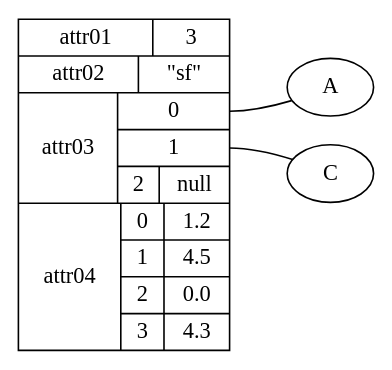
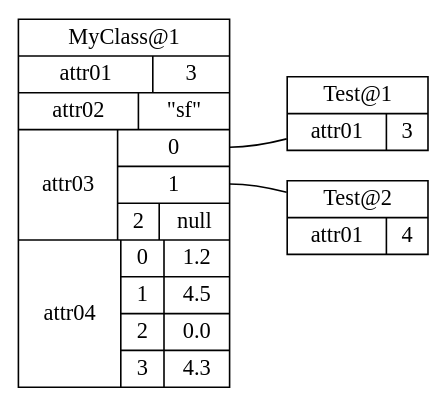
Before and after one commit to mathieu-bergeron/aiguilleur: the diagram in object_graph_example.dot, drawn with Graphviz. The commit also changed 1 other file, not shown here.

```diff
--- a/object_graph_example.dot
+++ b/object_graph_example.dot
@@ -1,11 +1,12 @@
 graph "simpleGraph01" {
     graph ["rankdir"="LR"]
 
-    "A" ["label"="A"]
+    "A" [shape="record","label"="Test@1|{attr01|3}"]
+    "C" [shape="record","label"="Test@2|{attr01|4}"]
 
-    "B" [shape="record","label"="{attr01|3}|{attr02|\"sf\"}|{attr03|{<port01>0|<port02>1|{2|null}}}|{attr04|{{0|1.2}|{1|4.5}|{2|0.0}|{3|4.3}}}","style"="filled","fillcolor"="white"];
+    "B" [shape="record","label"="MyClass@1|{attr01|3}|{attr02|\"sf\"}|{attr03|{<port01>0|<port02>1|{2|null}}}|{attr04|{{0|1.2}|{1|4.5}|{2|0.0}|{3|4.3}}}","style"="filled","fillcolor"="white"];
 
 
     "B":"port01" -- "A"
     "B":"port02" -- "C"
 }
```
